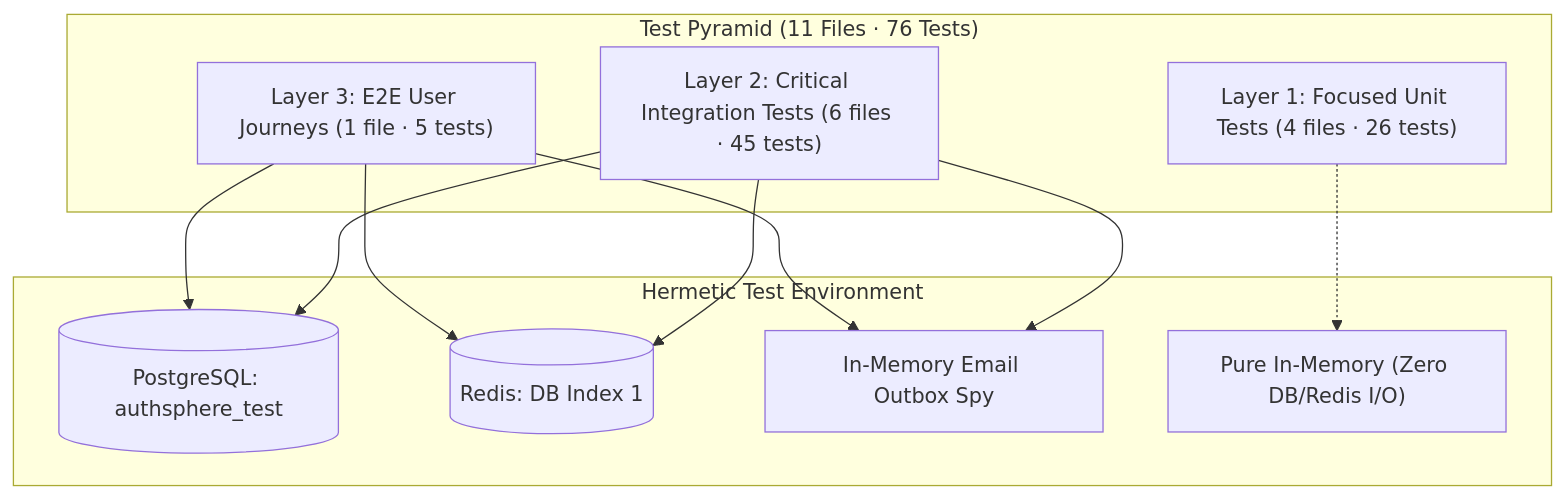
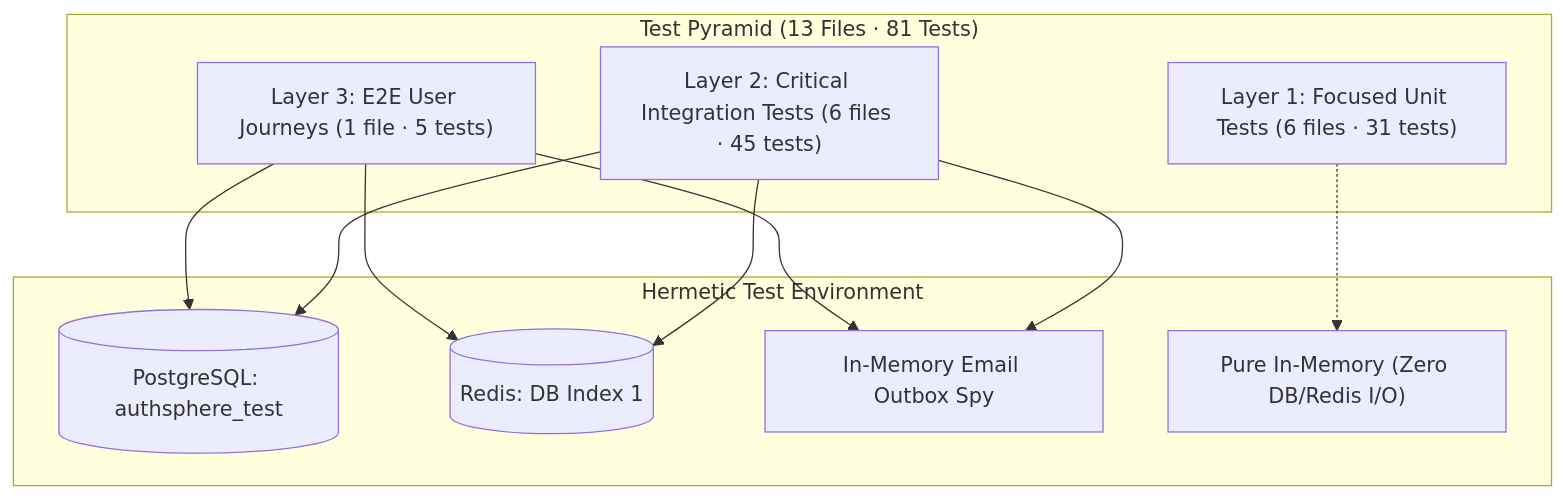
The diagram in docs/TESTING.md (utkarshj014/authsphere), drawn with Mermaid before and after one commit. The commit also changed other lines of this file and 5 other files, not shown here.

````diff
--- a/docs/TESTING.md
+++ b/docs/TESTING.md
@@ -32,23 +32,23 @@
 ```mermaid
 graph TD
-    subgraph TP ["Test Pyramid (11 Files · 76 Tests)"]
+    subgraph TP ["Test Pyramid (13 Files · 81 Tests)"]
         E2E["Layer 3: E2E User Journeys (1 file · 5 tests)"]
         INT["Layer 2: Critical Integration Tests (6 files · 45 tests)"]
-        UNIT["Layer 1: Focused Unit Tests (4 files · 26 tests)"]
+        UNIT["Layer 1: Focused Unit Tests (6 files · 31 tests)"]
     end
 
     subgraph HTE ["Hermetic Test Environment"]
         TestDB[("PostgreSQL: authsphere_test")]
         TestRedis[("Redis: DB Index 1")]
         EmailSpy["In-Memory Email Outbox Spy"]
         PureMemory["Pure In-Memory (Zero DB/Redis I/O)"]
 
         E2E --> TestDB
         INT --> TestDB
         E2E --> TestRedis
         INT --> TestRedis
         E2E --> EmailSpy
         INT --> EmailSpy
         UNIT -.-> PureMemory
     end
 ```
````
